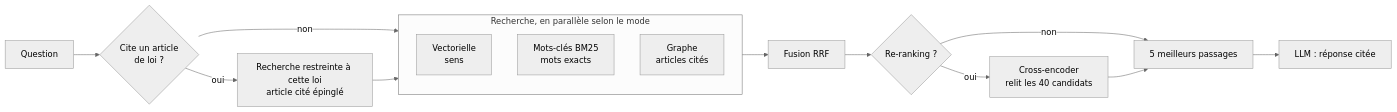
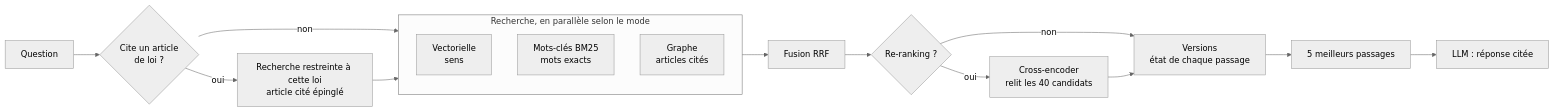
Before and after one commit to VCLME/raglab: the diagram in docs/modes-de-recherche.md, drawn with Mermaid (neutral theme). The commit also changed other lines of this file and 9 other files, not shown here.

````diff
--- a/docs/modes-de-recherche.md
+++ b/docs/modes-de-recherche.md
@@ -7,18 +7,19 @@
 ```mermaid
 flowchart LR
   Q[Question] --> C{Cite un article<br/>de loi ?}
   C -- oui --> R[Recherche restreinte à cette loi<br/>article cité épinglé]
   C -- non --> P
   R --> P
   subgraph P[Recherche, en parallèle selon le mode]
     D[Vectorielle<br/>sens]
     B[Mots-clés BM25<br/>mots exacts]
     G[Graphe<br/>articles cités]
   end
   P --> F[Fusion RRF]
   F --> K{Re-ranking ?}
   K -- oui --> X[Cross-encoder<br/>relit les 40 candidats]
-  K -- non --> T
-  X --> T[5 meilleurs passages]
+  K -- non --> V
+  X --> V[Versions<br/>état de chaque passage]
+  V --> T[5 meilleurs passages]
   T --> L[LLM : réponse citée]
 ```
````
